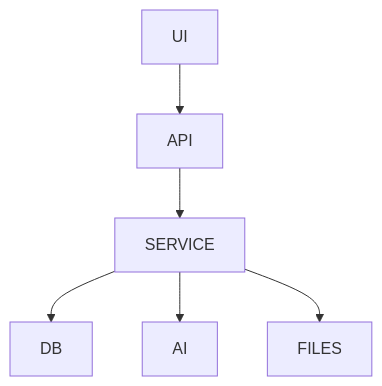
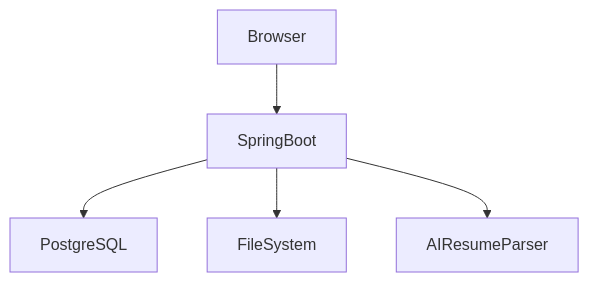
One commit to TheComputationalCore/employee-management changed the diagram in README.md. Above: the diagram before and after it, drawn with Mermaid. The commit also changed other lines of this file, not shown here.

````diff
--- a/README.md
+++ b/README.md
@@ -56,6 +133,7 @@
 ```mermaid
 graph TD
-UI --> API --> SERVICE --> DB
-SERVICE --> AI
-SERVICE --> FILES
+    Browser --> SpringBoot
+    SpringBoot --> PostgreSQL
+    SpringBoot --> FileSystem
+    SpringBoot --> AIResumeParser
 ```
````
